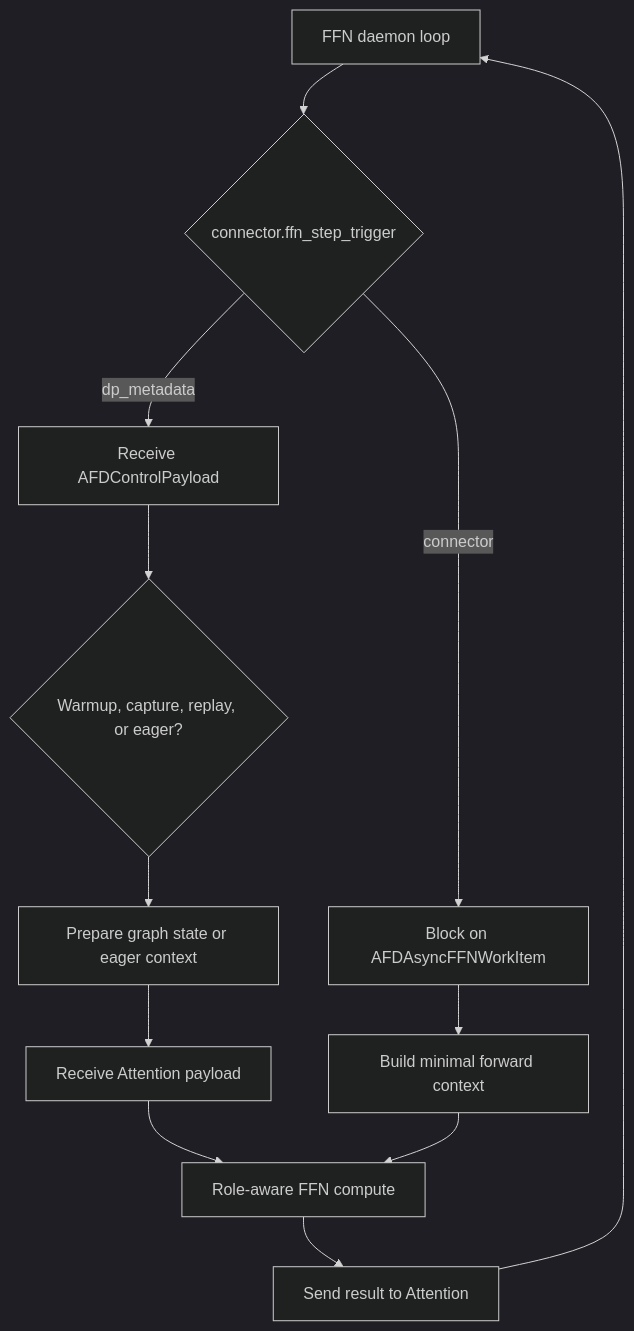
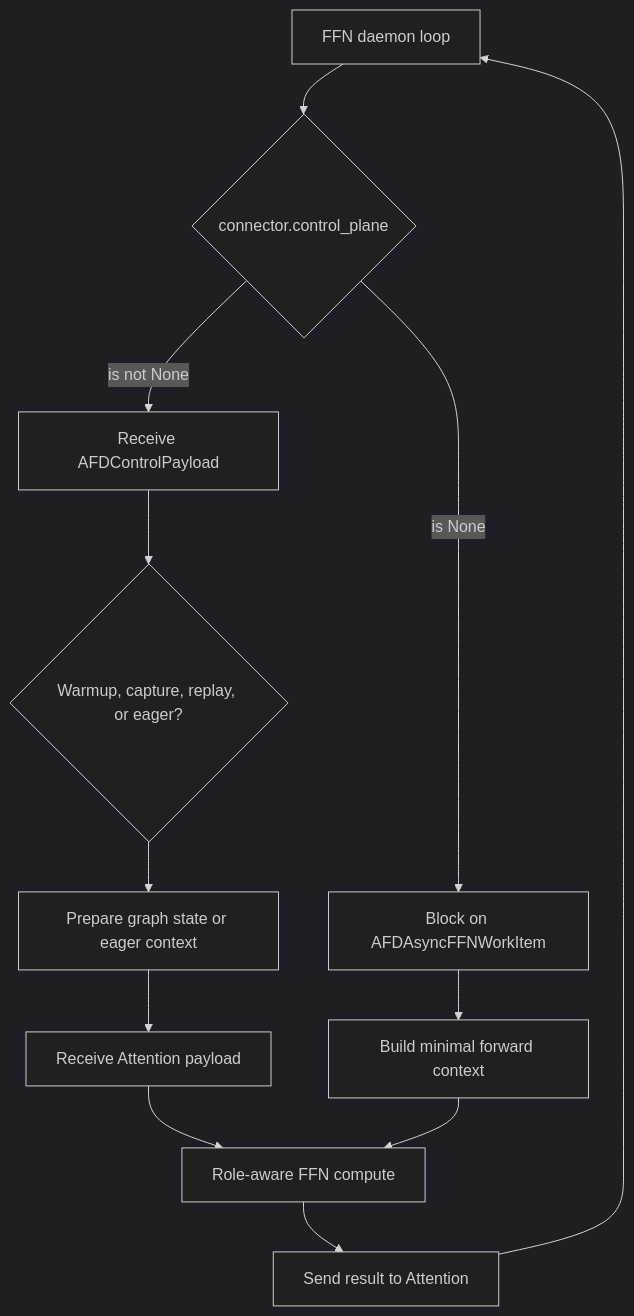
One commit to JiusiServe/afd-plugin changed the diagram in docs/design/module/ffn_runtime.md. Above: the diagram before and after it, drawn with Mermaid (dark theme). The commit also changed other lines of this file and 3 other files, not shown here.

Commit message:
docs: refresh design for control-plane split

````diff
--- a/docs/design/module/ffn_runtime.md
+++ b/docs/design/module/ffn_runtime.md
@@ -128,14 +129,14 @@
 ```mermaid
 flowchart TD
-    START["FFN daemon loop"] --> TRIGGER{"connector.ffn_step_trigger"}
-    TRIGGER -->|dp_metadata| CONTROL["Receive AFDControlPayload"]
+    START["FFN daemon loop"] --> CONTROL_PLANE{"connector.control_plane"}
+    CONTROL_PLANE -->|is not None| CONTROL["Receive AFDControlPayload"]
     CONTROL --> FLAGS{"Warmup, capture, replay, or eager?"}
     FLAGS --> GRAPH["Prepare graph state or eager context"]
     GRAPH --> RECEIVE["Receive Attention payload"]
-    TRIGGER -->|connector| WORK["Block on AFDAsyncFFNWorkItem"]
+    CONTROL_PLANE -->|is None| WORK["Block on AFDAsyncFFNWorkItem"]
     WORK --> CONTEXT["Build minimal forward context"]
     RECEIVE --> COMPUTE["Role-aware FFN compute"]
     CONTEXT --> COMPUTE
     COMPUTE --> SEND["Send result to Attention"]
     SEND --> START
 ```
````
